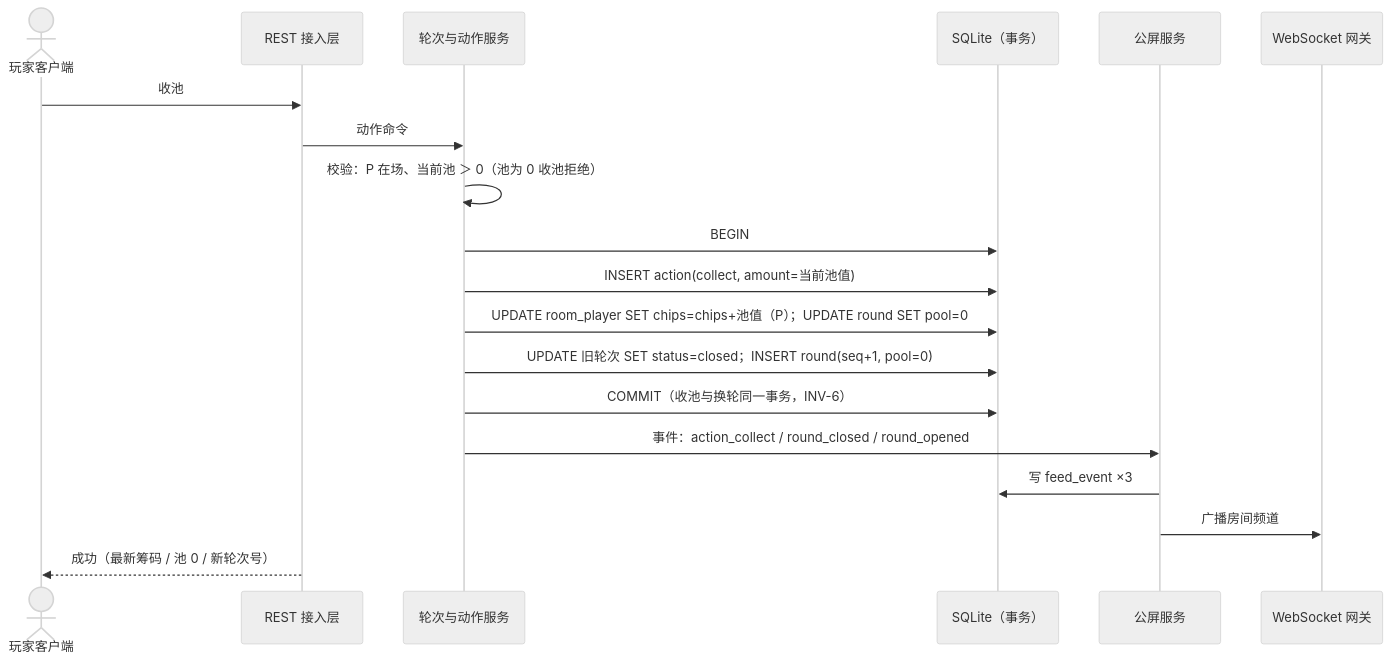
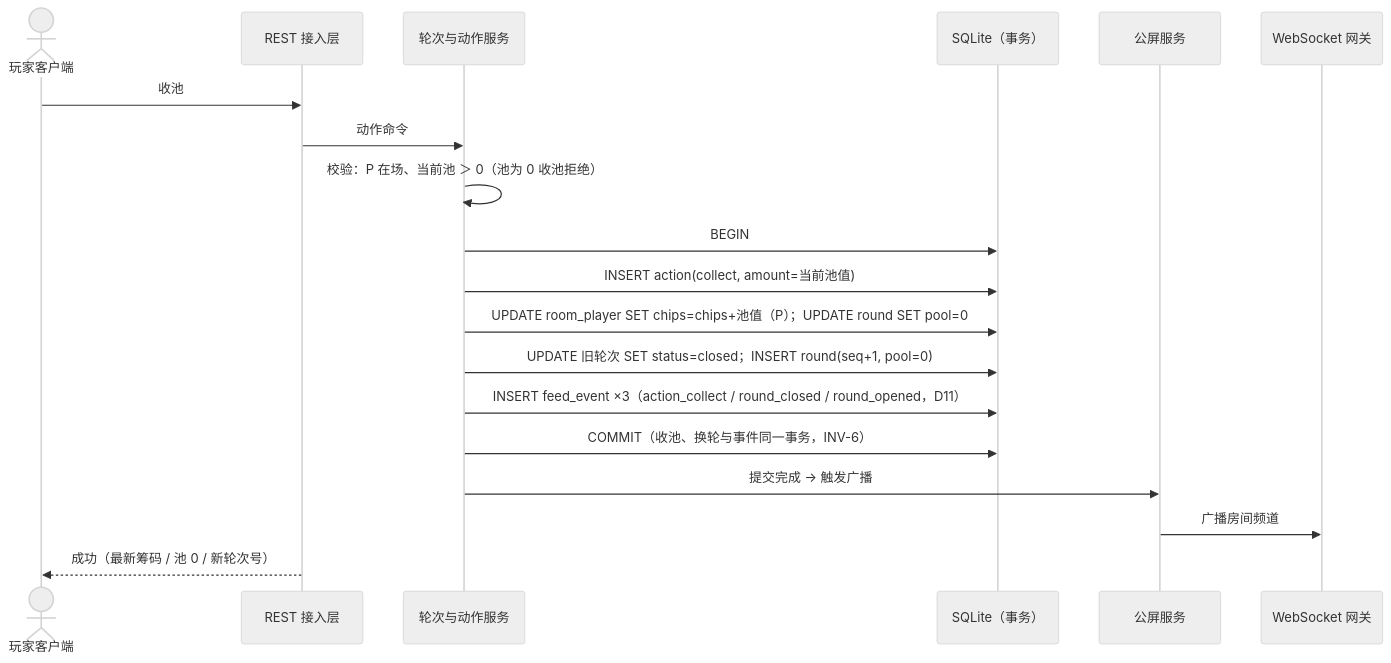
The seventh of 11 diagrams in doc/design.md (theozhang32/chips-counter), drawn with Mermaid (neutral theme) before and after one commit. The commit also changed other lines of this file and 70 other files, not shown here.

````diff
--- a/doc/design.md
+++ b/doc/design.md
@@ -478,22 +523,22 @@
 ```mermaid
 sequenceDiagram
     actor P as 玩家客户端
     participant API as REST 接入层
     participant AS as 轮次与动作服务
     participant DB as SQLite（事务）
     participant FS as 公屏服务
     participant WS as WebSocket 网关
 
     P->>API: 收池
     API->>AS: 动作命令
     AS->>AS: 校验：P 在场、当前池 ＞ 0（池为 0 收池拒绝）
     AS->>DB: BEGIN
     AS->>DB: INSERT action(collect, amount=当前池值)
     AS->>DB: UPDATE room_player SET chips=chips+池值（P）；UPDATE round SET pool=0
     AS->>DB: UPDATE 旧轮次 SET status=closed；INSERT round(seq+1, pool=0)
-    AS->>DB: COMMIT（收池与换轮同一事务，INV-6）
-    AS->>FS: 事件：action_collect / round_closed / round_opened
-    FS->>DB: 写 feed_event ×3
+    AS->>DB: INSERT feed_event ×3（action_collect / round_closed / round_opened，D11）
+    AS->>DB: COMMIT（收池、换轮与事件同一事务，INV-6）
+    AS->>FS: 提交完成 → 触发广播
     FS->>WS: 广播房间频道
     API-->>P: 成功（最新筹码 / 池 0 / 新轮次号）
 ```
````
